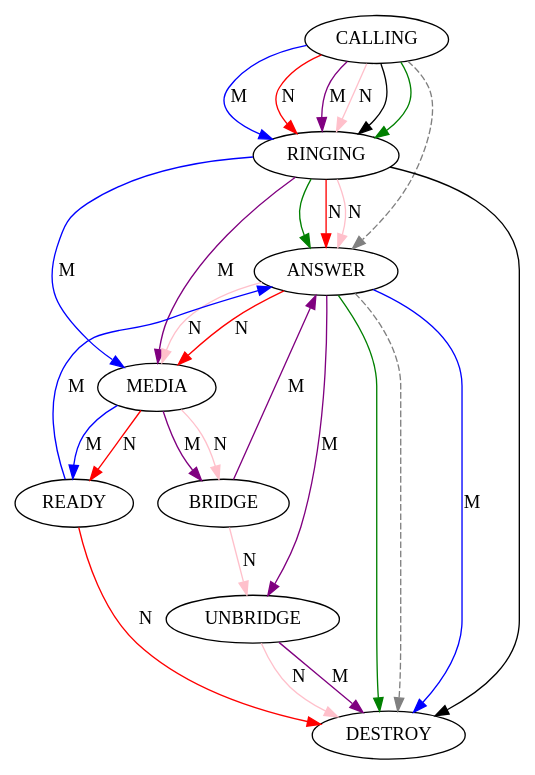
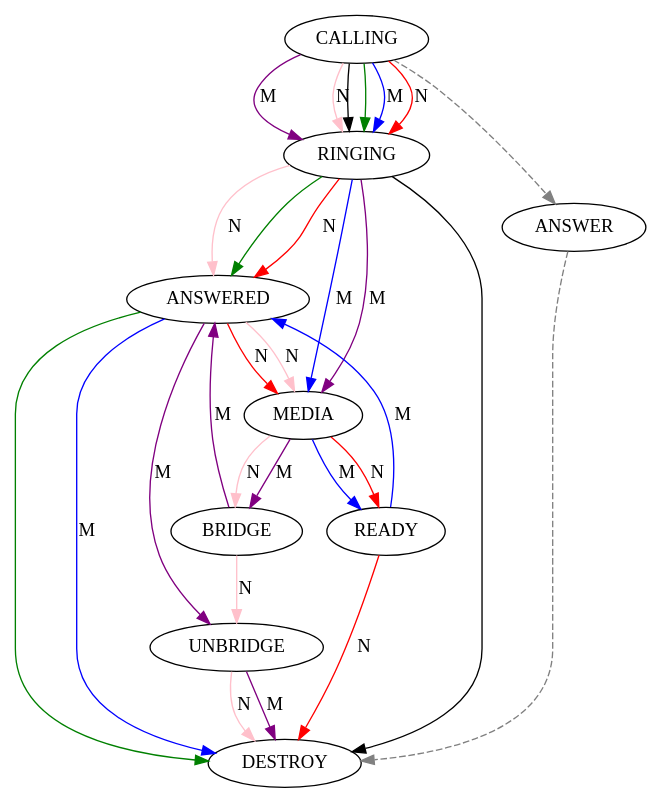
Before and after one commit to xswitch-cn/xctrl: the second of 2 diagrams in core/README.md, drawn with Graphviz. The commit also changed other lines of this file, not shown here.

Commit message:
use ANSWERED state

````diff
--- a/core/README.md
+++ b/core/README.md
@@ -312,11 +312,11 @@
 ```graphviz
 digraph G {
 	CALLING -> RINGING -> DESTROY
-	CALLING -> RINGING -> ANSWER -> DESTROY[color=green]
+	CALLING -> RINGING -> ANSWERED -> DESTROY[color=green]
 	CALLING -> ANSWER -> DESTROY[style=dashed color=grey]
-	CALLING -> RINGING -> MEDIA -> READY -> ANSWER -> DESTROY[color=blue label="M"]
-	CALLING -> RINGING -> ANSWER -> MEDIA -> READY-> DESTROY[color=red label="N"]
-	CALLING -> RINGING -> MEDIA -> BRIDGE -> ANSWER -> UNBRIDGE -> DESTROY[color=purple label="M"]
-	CALLING -> RINGING -> ANSWER -> MEDIA -> BRIDGE -> UNBRIDGE -> DESTROY[color=pink label=N]
+	CALLING -> RINGING -> MEDIA -> READY -> ANSWERED -> DESTROY[color=blue label="M"]
+	CALLING -> RINGING -> ANSWERED -> MEDIA -> READY-> DESTROY[color=red label="N"]
+	CALLING -> RINGING -> MEDIA -> BRIDGE -> ANSWERED -> UNBRIDGE -> DESTROY[color=purple label="M"]
+	CALLING -> RINGING -> ANSWERED -> MEDIA -> BRIDGE -> UNBRIDGE -> DESTROY[color=pink label=N]
 }
 ```
````
